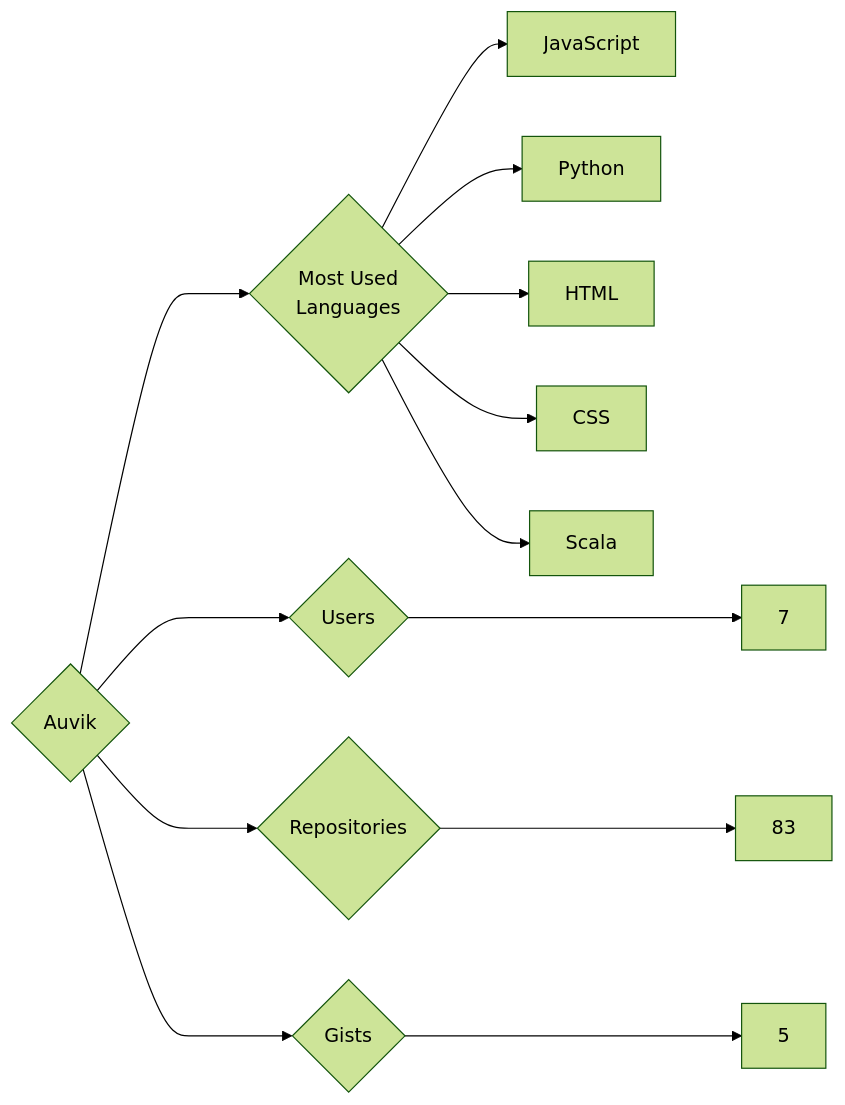
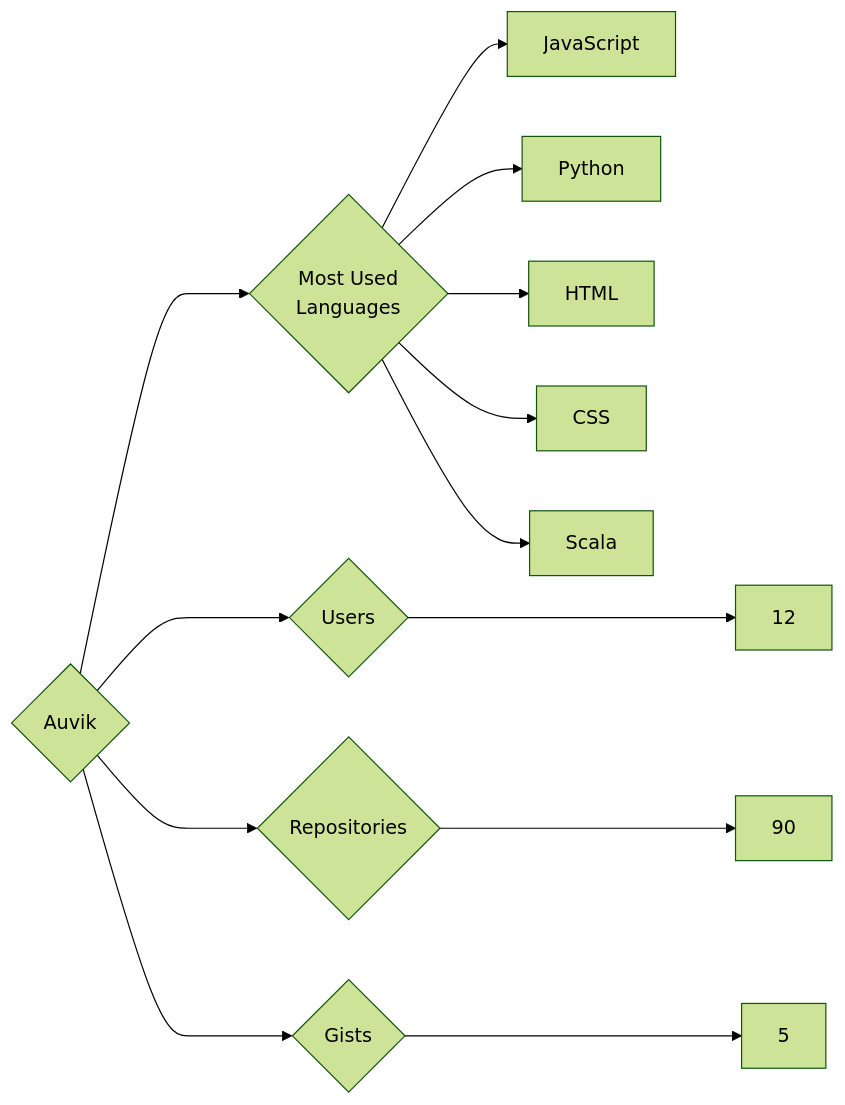
Before and after one commit to trickest/insiders: the diagram in targets/Auvik/README.md, drawn with Mermaid (forest theme). The commit also changed 775 other files, not shown here.

````diff
--- a/targets/Auvik/README.md
+++ b/targets/Auvik/README.md
@@ -3,13 +3,13 @@
 ```mermaid
 graph LR
 COMPANY_NAME{Auvik}
-COMPANY_NAME ---> U{Users} ---> UN[7]
-COMPANY_NAME ---> R{Repositories} ---> RN[83]
+COMPANY_NAME ---> U{Users} ---> UN[12]
+COMPANY_NAME ---> R{Repositories} ---> RN[90]
 COMPANY_NAME ---> G{Gists} ---> GN[5]
 COMPANY_NAME ---> ML{Most Used<br>Languages}
 ML --> JavaScript[JavaScript]
 ML --> Python[Python]
 ML --> HTML[HTML]
 ML --> CSS[CSS]
 ML --> Scala[Scala]
 ```
````
